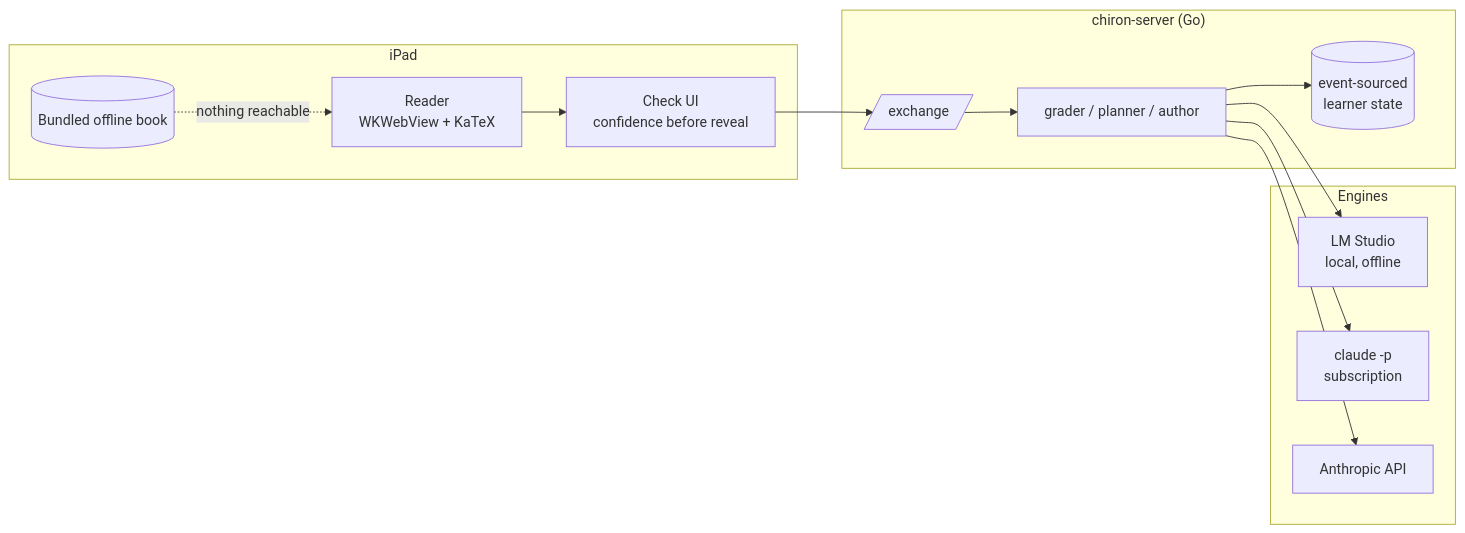
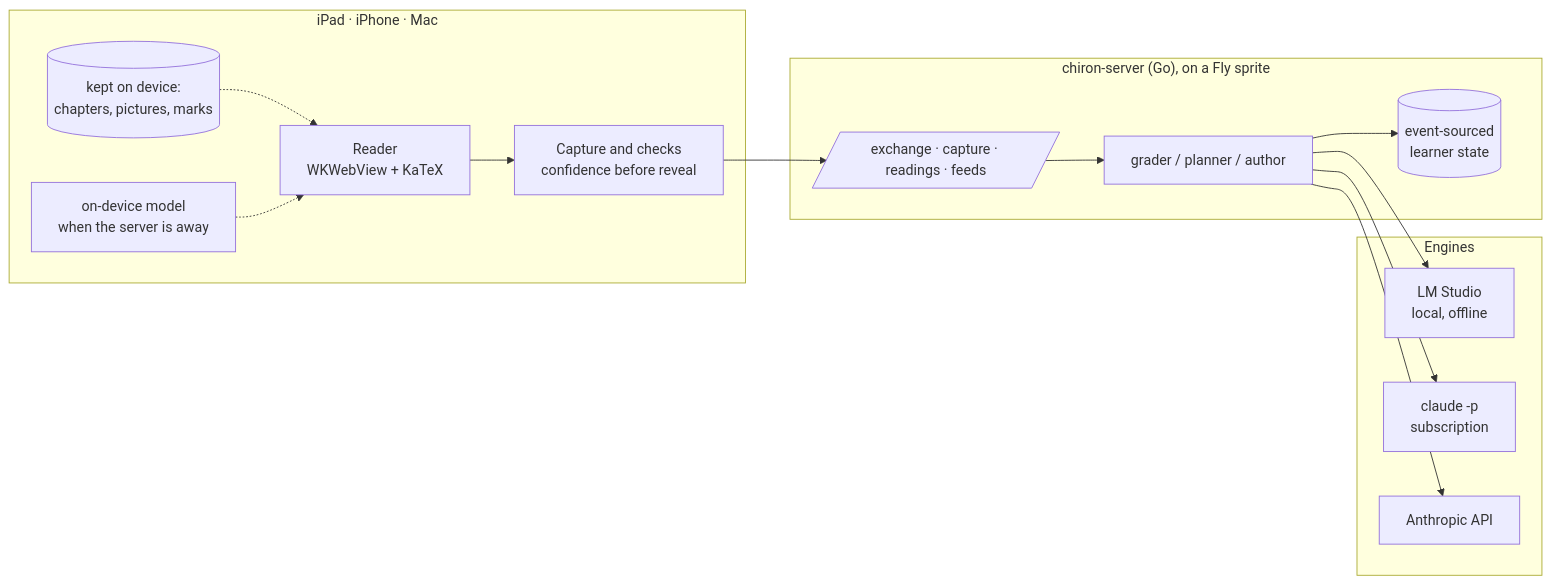
The diagram in README.md (joshpearce/chiron), drawn with Mermaid before and after one commit. The commit also changed other lines of this file and 4 other files, not shown here.

````diff
--- a/README.md
+++ b/README.md
@@ -54,22 +89,24 @@
 ```mermaid
 flowchart LR
-    subgraph iPad
+    subgraph Clients["iPad · iPhone · Mac"]
         R[Reader<br/>WKWebView + KaTeX]
-        C[Check UI<br/>confidence before reveal]
-        B[(Bundled offline book)]
+        C[Capture and checks<br/>confidence before reveal]
+        K[(kept on device:<br/>chapters, pictures, marks)]
+        D[on-device model<br/>when the server is away]
     end
-    subgraph Server["chiron-server (Go)"]
-        E[/exchange/]
+    subgraph Server["chiron-server (Go), on a Fly sprite"]
+        E[/exchange · capture · readings · feeds/]
         RO[grader / planner / author]
         ST[(event-sourced<br/>learner state)]
     end
     subgraph Engines
         L[LM Studio<br/>local, offline]
         CC[claude -p<br/>subscription]
         A[Anthropic API]
     end
     R --> C --> E
     E --> RO --> ST
     RO --> L & CC & A
-    B -.->|nothing reachable| R
+    K -.-> R
+    D -.-> R
 ```
````
